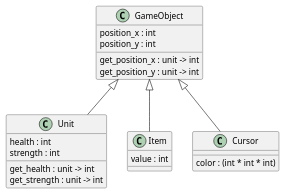
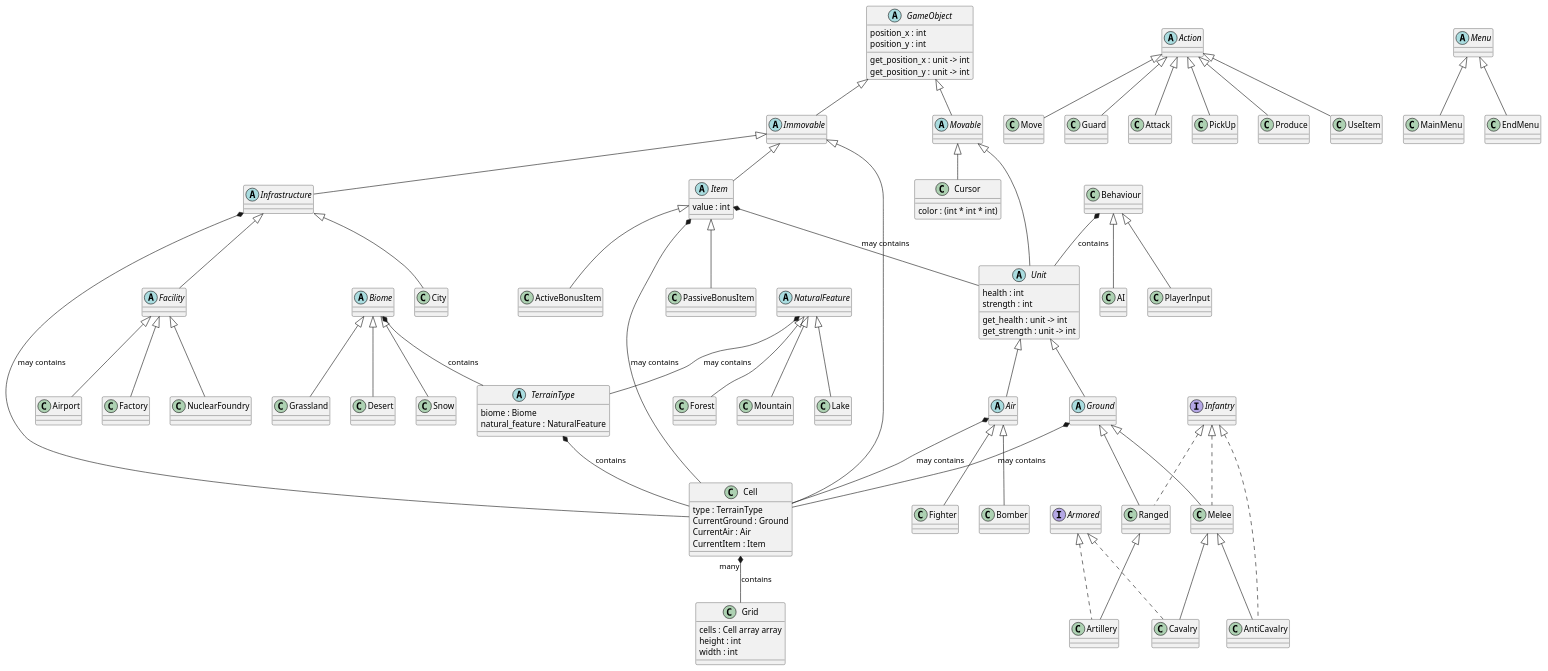
Before and after one commit to lthiet/pfallout: the diagram in docs/diagrams/src/classes.wsd, drawn with PlantUML.

```diff
--- a/docs/diagrams/src/classes.wsd
+++ b/docs/diagrams/src/classes.wsd
@@ -1,27 +1,264 @@
 @startuml
-class GameObject {
+abstract class GameObject {
     {field} position_x : int
     {field} position_y : int
     {method} get_position_x : unit -> int
     {method} get_position_y : unit -> int
 }
 
-class Unit {
+abstract class Immovable {
+
+}
+
+abstract class Movable {
+
+}
+
+class Cell {
+    type : TerrainType
+    CurrentGround : Ground
+    CurrentAir : Air
+    CurrentItem : Item
+}
+
+abstract class TerrainType {
+    biome : Biome
+    natural_feature : NaturalFeature
+}
+
+abstract class Infrastructure {
+
+}
+
+class City {
+
+}
+
+abstract class Facility {
+
+}
+
+abstract class Unit {
     {field} health : int
     {field} strength : int
     {method} get_health : unit -> int
     {method} get_strength : unit -> int
 }
 
-class Item {
+abstract class Ground {
+
+}
+
+abstract class Air {
+
+}
+
+class Melee {
+
+}
+
+class Cavalry {
+
+}
+
+class AntiCavalry {
+
+}
+
+class Artillery {
+
+}
+
+class Ranged {
+
+}
+
+class Fighter {
+
+}
+
+class Bomber {
+
+}
+
+abstract class Item {
     value : int
+}
+
+class PassiveBonusItem {
+
+}
+
+class ActiveBonusItem {
+
 }
 
 class Cursor {
     color : (int * int * int)
 }
 
-GameObject <|-- Unit
-GameObject <|-- Item
-GameObject <|-- Cursor
+abstract class Biome {
+
+}
+
+class Grassland {
+
+}
+
+class Desert {
+
+}
+
+class Snow {
+
+}
+
+class Mountain {
+
+}
+
+class Airport {
+
+}
+
+class Factory {
+
+}
+
+class NuclearFoundry {
+
+}
+
+class Lake {
+
+}
+
+class Forest {
+
+}
+
+abstract class NaturalFeature {
+
+}
+
+interface Infantry {
+
+}
+
+interface Armored {
+
+}
+
+class Grid {
+    cells : Cell array array
+    height : int
+    width : int
+}
+
+abstract class Action {
+
+}
+
+class Move {
+
+}
+
+class Guard {
+
+}
+
+class Attack {
+
+}
+
+class PickUp {
+
+}
+
+class Produce {
+
+}
+
+abstract class Menu {
+
+}
+
+class MainMenu {
+
+}
+
+class EndMenu {
+
+}
+
+class Behaviour {
+
+}
+
+class PlayerInput {
+
+}
+
+class AI {
+
+}
+
+' Implements
+Infantry <|.. Melee
+Infantry <|.. Ranged
+Infantry <|.. AntiCavalry
+Armored <|.. Cavalry
+Armored <|.. Artillery
+' Inheritance
+GameObject <|-- Immovable
+GameObject <|-- Movable
+Movable <|-- Cursor
+Movable <|-- Unit
+Immovable <|-- Item
+Immovable <|-- Cell
+Immovable <|-- Infrastructure
+Unit <|-- Ground
+Unit <|-- Air
+Ground <|-- Melee
+Ground <|-- Ranged
+Ranged <|-- Artillery
+Melee <|-- Cavalry
+Melee <|-- AntiCavalry
+Air <|-- Bomber
+Air <|-- Fighter
+Infrastructure <|-- City
+Infrastructure <|-- Facility
+NaturalFeature <|-- Forest
+NaturalFeature <|-- Lake
+NaturalFeature <|-- Mountain
+Biome <|-- Desert
+Biome <|-- Grassland
+Biome <|-- Snow
+Facility <|-- Airport
+Facility <|-- Factory
+Facility <|-- NuclearFoundry
+Action <|-- Move
+Action <|-- Attack
+Action <|-- PickUp
+Action <|-- Produce
+Action <|-- Guard
+Action <|-- UseItem
+Menu <|-- MainMenu
+Menu <|-- EndMenu
+Behaviour <|-- PlayerInput
+Behaviour <|-- AI
+Item <|-- PassiveBonusItem
+Item <|-- ActiveBonusItem
+
+' Links
+TerrainType *-- Cell : contains
+Ground *-- Cell : may contains
+Air *-- Cell : may contains
+Item *-- Cell : may contains
+Item *-- Unit : may contains
+Infrastructure *-- Cell : may contains
+Biome *-- TerrainType : contains
+NaturalFeature *-- TerrainType : may contains
+Cell "many" *-- Grid : contains
+Behaviour *-- Unit : contains
 @enduml
```
